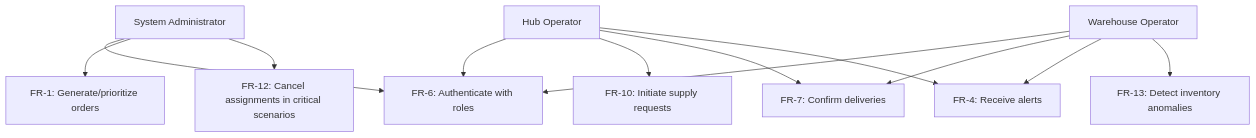
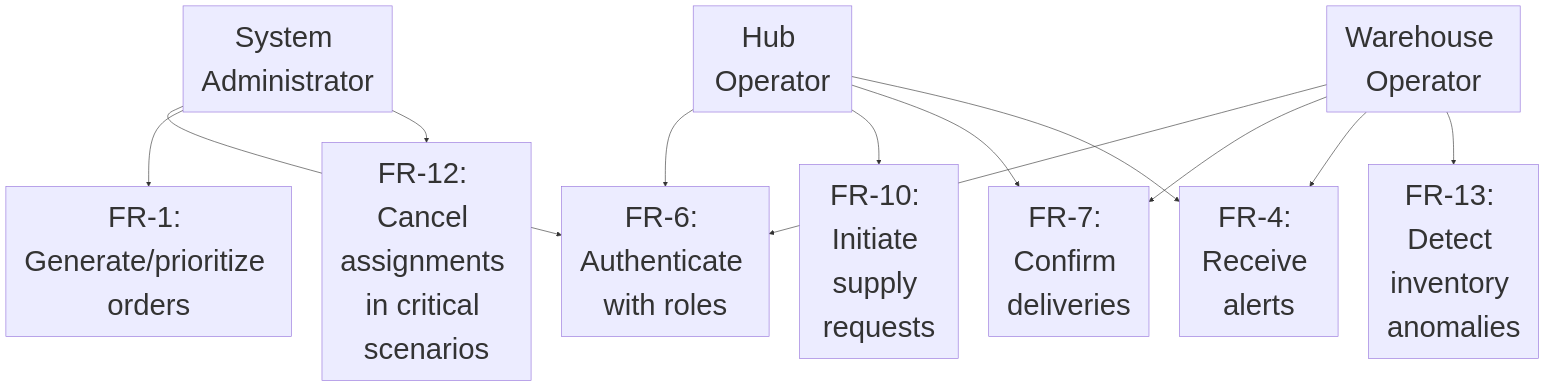
The first of 2 diagrams in README.md (valentinezequiel/asdsad), drawn with Mermaid before and after one commit.

````diff
--- a/README.md
+++ b/README.md
@@ -1,26 +1,19 @@
 ```mermaid
-%%{init: {'theme': 'base', 'themeVariables': { 
-  'background': '#000000',       /* dark background */
-  'lineColor': '#ffffff',        /* default line color */
-  'defaultLinkColor': '#ffffff', /* edge/link color */
-  'primaryBorderColor': '#ffffff', /* node borders */
-  'secondaryBorderColor': '#ffffff',
-  'fontSize': '48px'
-}}}%%
+%%{init: {'themeVariables': { 'fontSize': '48px' }}}%%
 flowchart TD
     A[System Administrator] --> FR6[FR-6: Authenticate with roles]
     A --> FR1[FR-1: Generate/prioritize orders]
     A --> FR12[FR-12: Cancel assignments in critical scenarios]
     
     O[Hub Operator] --> FR6
     O --> FR10[FR-10: Initiate supply requests]
     O --> FR7[FR-7: Confirm deliveries]
     O --> FR4[FR-4: Receive alerts]
     
     W[Warehouse Operator] --> FR6
     W --> FR7
     W --> FR4
     W --> FR13[FR-13: Detect inventory anomalies]
 
     
 ```
````
